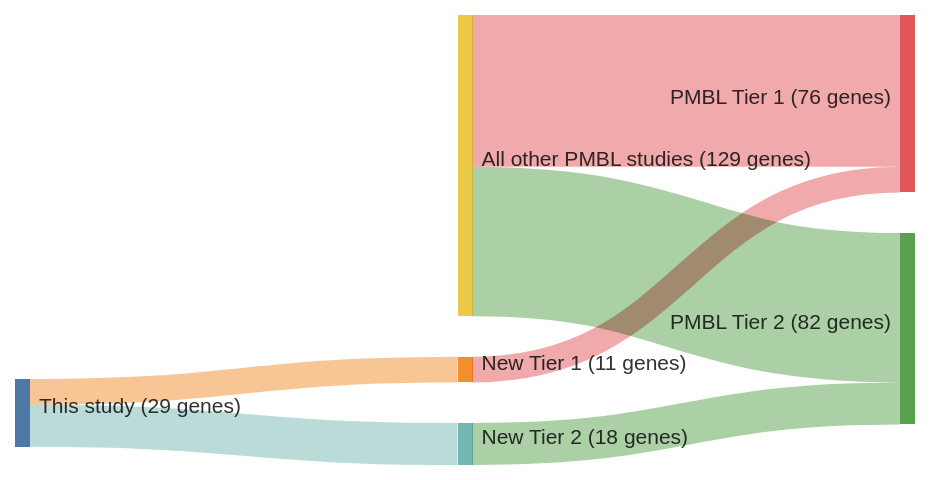
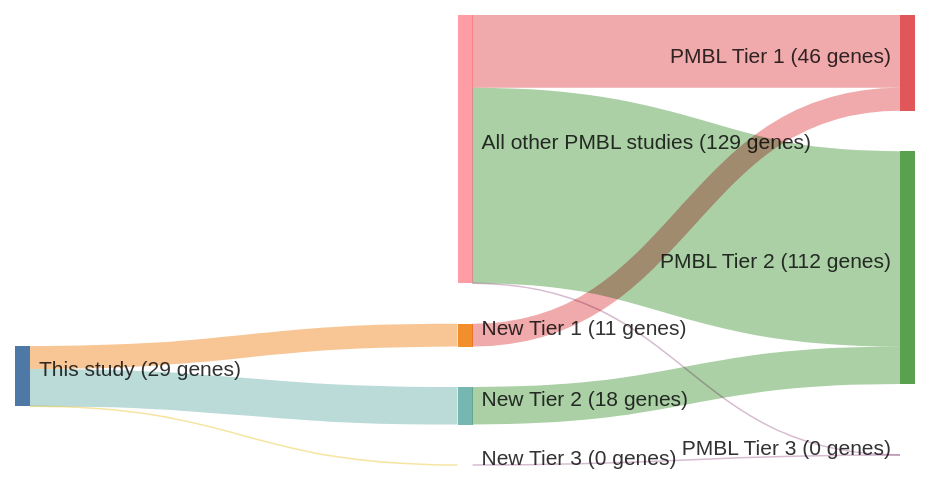
Before and after one commit to morinlab/lymphopedia: the diagram in papers/reichelFlowSortingExome2015.md, drawn with Mermaid. The commit also changed other lines of this file and 81 other files, not shown here.

````diff
--- a/papers/reichelFlowSortingExome2015.md
+++ b/papers/reichelFlowSortingExome2015.md
@@ -12,20 +12,23 @@
 ```mermaid
 ---
 config:
     sankey:
         showValues: true
         linkColor: target
         width: 600
         height: 300
         nodeAlignment: right
         prefix: '('
         suffix: ' genes)'
 ---
 sankey-beta
 This study, New Tier 1, 11
 New Tier 1, PMBL Tier 1, 11
 This study, New Tier 2, 18
 New Tier 2, PMBL Tier 2, 18
-All other PMBL studies, PMBL Tier 1, 65
-All other PMBL studies, PMBL Tier 2, 64
+This study, New Tier 3, 0
+New Tier 3, PMBL Tier 3, 0
+All other PMBL studies, PMBL Tier 1, 35
+All other PMBL studies, PMBL Tier 2, 94
+All other PMBL studies, PMBL Tier 3, 0
 ```
````
